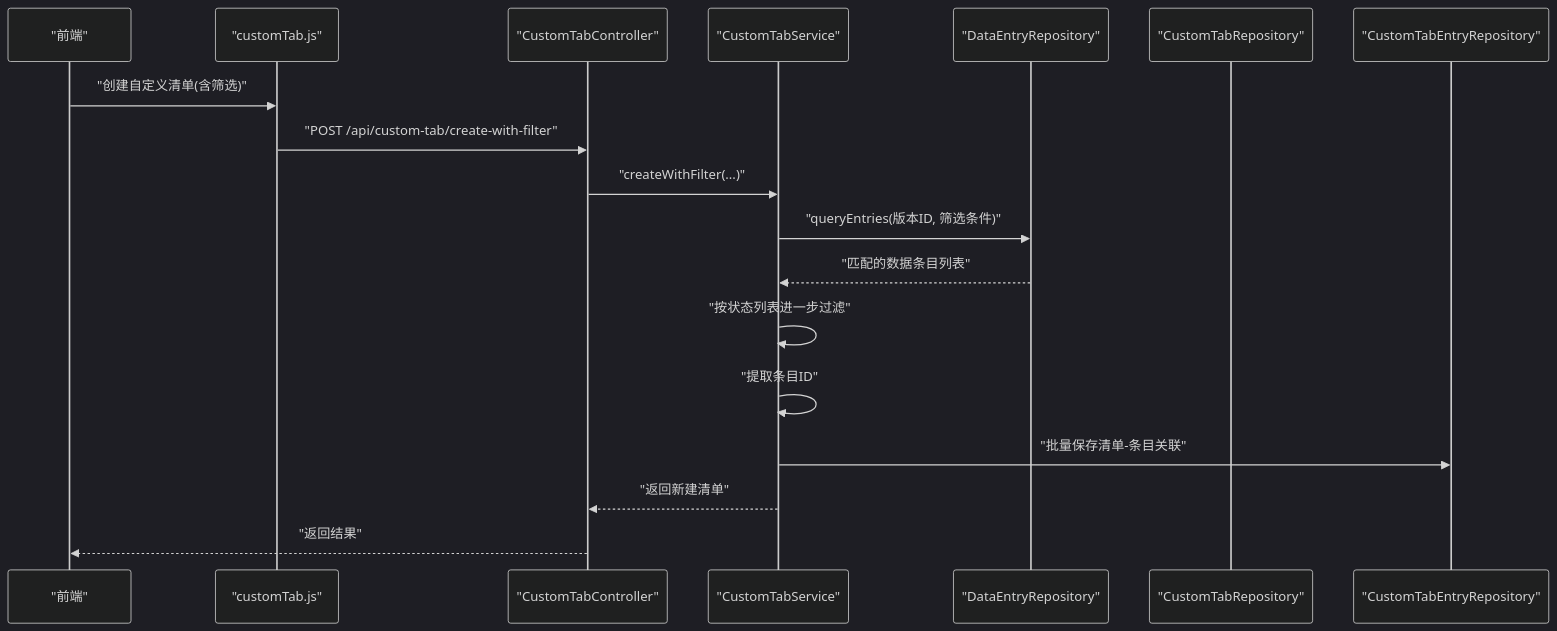
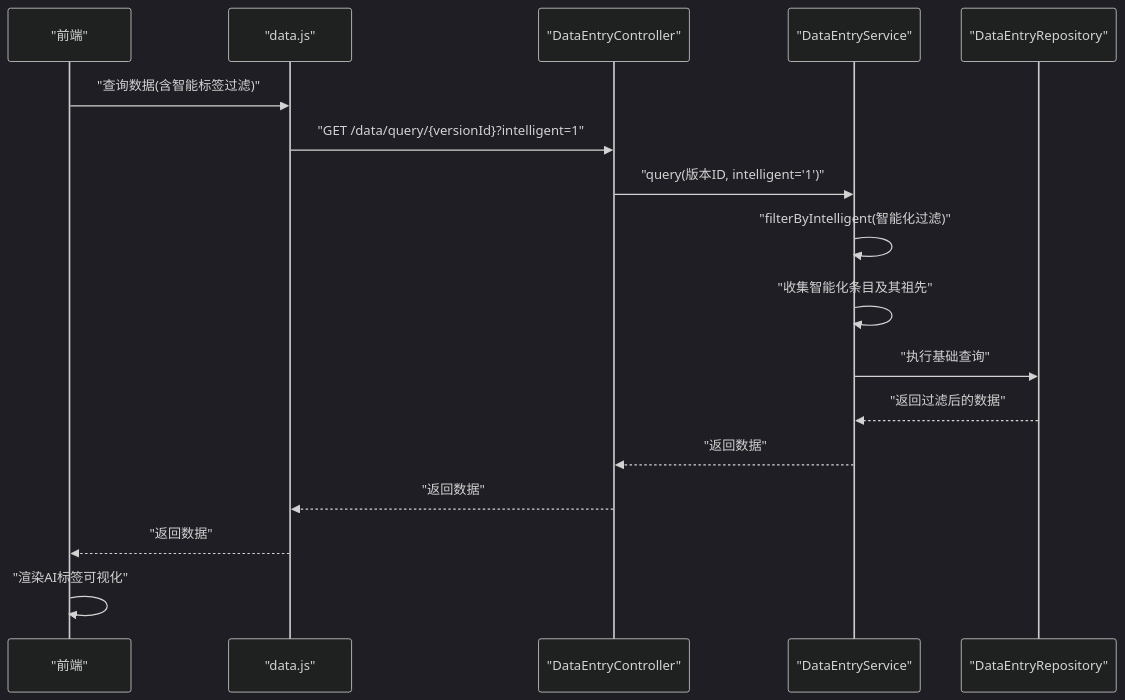
The second of 7 diagrams in .qoder/repowiki/zh/content/功能模块详解/自定义标签系统.md (kinke0/ProductList), drawn with Mermaid (dark theme) before and after one commit. The commit also changed other lines of this file and 106 other files, not shown here.

Commit message:
V1.1.0: 修复清单导航树不匹配+统计视图加载遮罩+上下移提示

````diff
--- a/.qoder/repowiki/zh/content/功能模块详解/自定义标签系统.md
+++ b/.qoder/repowiki/zh/content/功能模块详解/自定义标签系统.md
@@ -130,20 +156,19 @@
 ```mermaid
 sequenceDiagram
 participant FE as "前端"
-participant API as "customTab.js"
-participant CTL as "CustomTabController"
-participant SVC as "CustomTabService"
+participant API as "data.js"
+participant CTL as "DataEntryController"
+participant SVC as "DataEntryService"
 participant DREP as "DataEntryRepository"
-participant REP as "CustomTabRepository"
-participant EREP as "CustomTabEntryRepository"
-FE->>API : "创建自定义清单(含筛选)"
-API->>CTL : "POST /api/custom-tab/create-with-filter"
-CTL->>SVC : "createWithFilter(...)"
-SVC->>DREP : "queryEntries(版本ID, 筛选条件)"
-DREP-->>SVC : "匹配的数据条目列表"
-SVC->>SVC : "按状态列表进一步过滤"
-SVC->>SVC : "提取条目ID"
-SVC->>EREP : "批量保存清单-条目关联"
-SVC-->>CTL : "返回新建清单"
-CTL-->>FE : "返回结果"
+FE->>API : "查询数据(含智能标签过滤)"
+API->>CTL : "GET /data/query/{versionId}?intelligent=1"
+CTL->>SVC : "query(版本ID, intelligent='1')"
+SVC->>SVC : "filterByIntelligent(智能化过滤)"
+SVC->>SVC : "收集智能化条目及其祖先"
+SVC->>DREP : "执行基础查询"
+DREP-->>SVC : "返回过滤后的数据"
+SVC-->>CTL : "返回数据"
+CTL-->>API : "返回数据"
+API-->>FE : "返回数据"
+FE->>FE : "渲染AI标签可视化"
 ```
````
